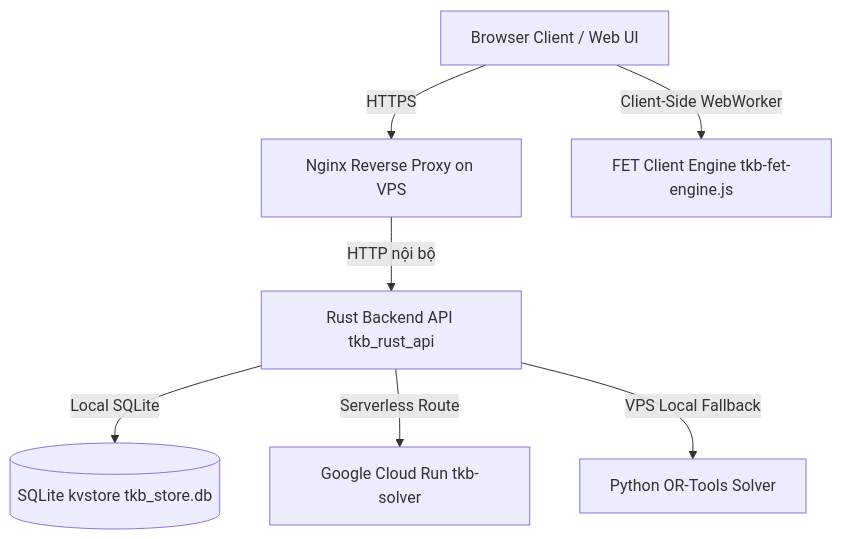
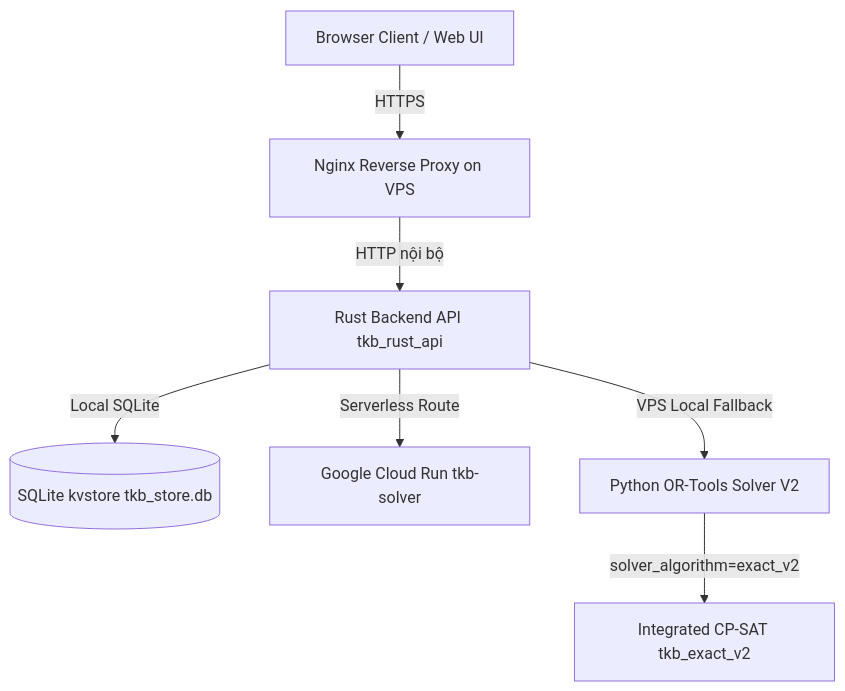
One commit to thoikhoabieucherry/TKBCherry changed the diagram in PROJECT_INHERITANCE_GUIDE.md. Above: the diagram before and after it, drawn with Mermaid. The commit also changed other lines of this file and 8 other files, not shown here.

````diff
--- a/PROJECT_INHERITANCE_GUIDE.md
+++ b/PROJECT_INHERITANCE_GUIDE.md
@@ -14,9 +14,9 @@
 ```mermaid
 graph TD
     A[Browser Client / Web UI] -->|HTTPS| B[Nginx Reverse Proxy on VPS]
     B -->|HTTP nội bộ| C[Rust Backend API tkb_rust_api]
     C -->|Local SQLite| D[(SQLite kvstore tkb_store.db)]
     C -->|Serverless Route| E[Google Cloud Run tkb-solver]
-    C -->|VPS Local Fallback| F[Python OR-Tools Solver]
-    A -->|Client-Side WebWorker| G[FET Client Engine tkb-fet-engine.js]
+    C -->|VPS Local Fallback| F[Python OR-Tools Solver V2]
+    F -->|solver_algorithm=exact_v2| G[Integrated CP-SAT tkb_exact_v2]
 ```
````
